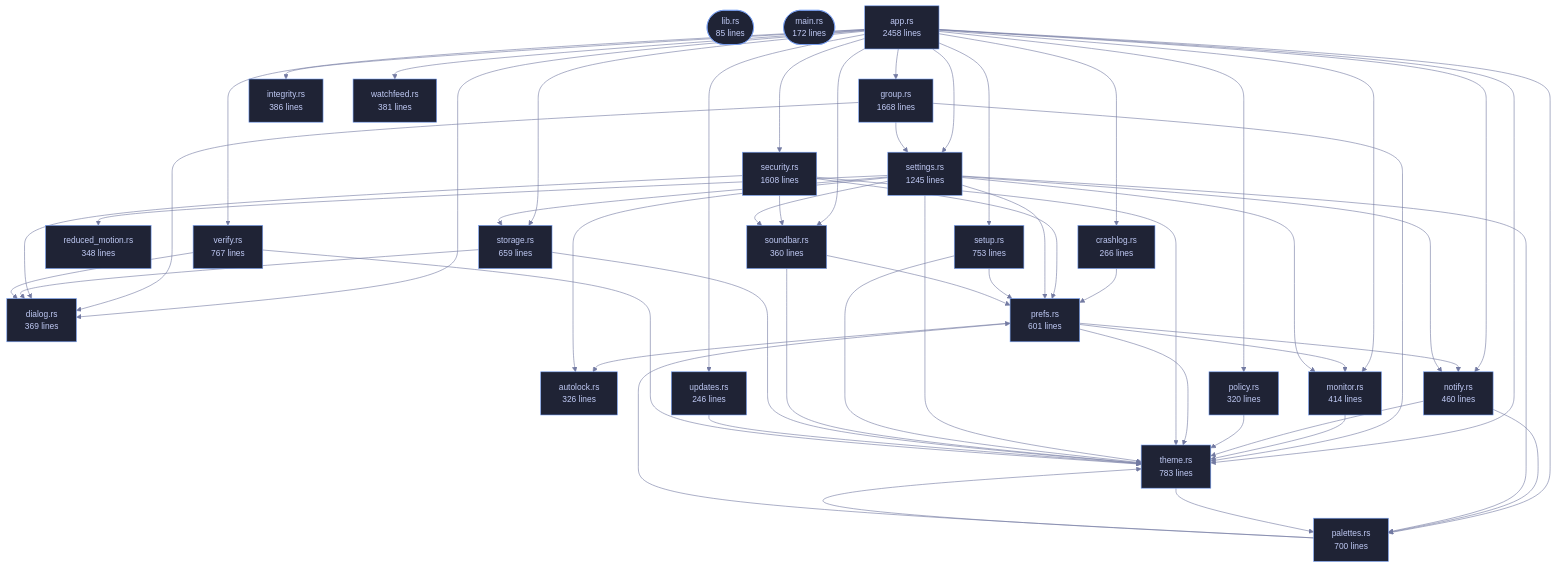
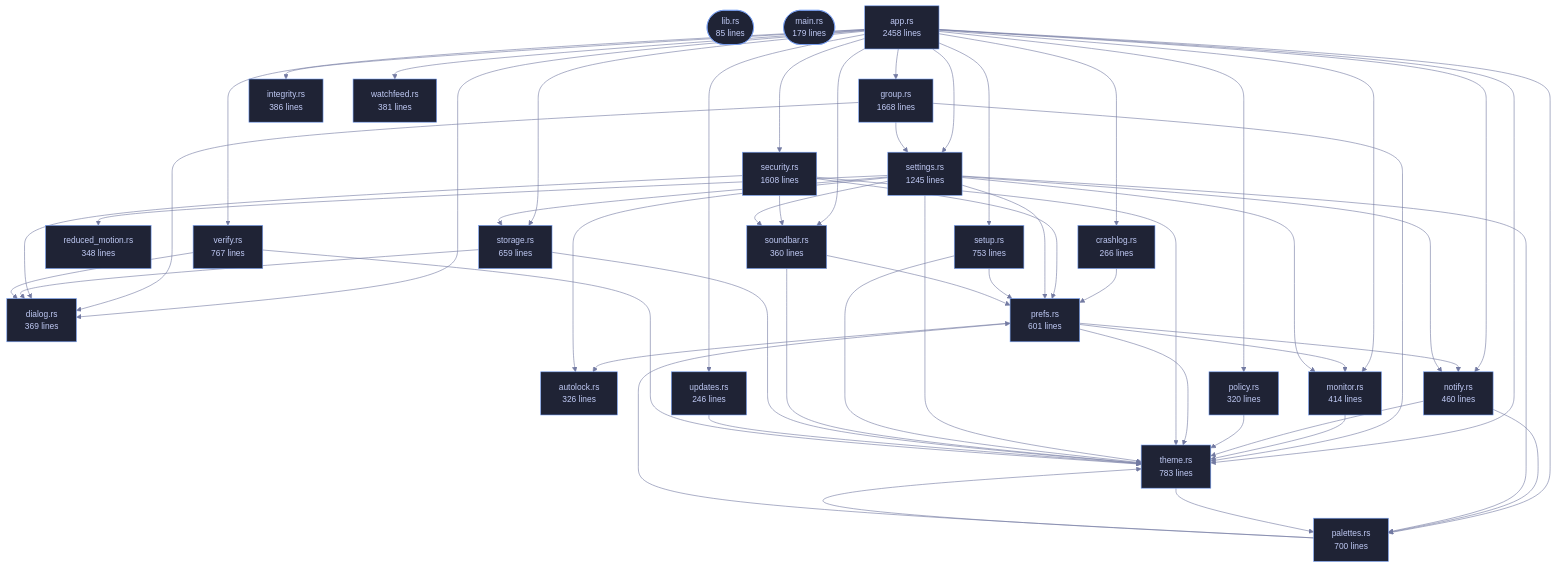
The diagram in wiki/Crate-veilvoice-gui.md (tilas01/veilvoice), drawn with Mermaid before and after one commit. The commit also changed other lines of this file and 36 other files, not shown here.

```diff
--- a/wiki/Crate-veilvoice-gui.md
+++ b/wiki/Crate-veilvoice-gui.md
@@ -82,7 +82,7 @@
 %%{init: {"theme":"base","themeVariables":{"background":"#1a1b26","primaryColor":"#1f2335","primaryTextColor":"#c0caf5","primaryBorderColor":"#7aa2f7","secondaryColor":"#16161e","tertiaryColor":"#16161e","lineColor":"#737aa2","textColor":"#c0caf5","mainBkg":"#1f2335","nodeBorder":"#7aa2f7","clusterBkg":"#16161e","clusterBorder":"#2f3549","fontFamily":"ui-monospace, SFMono-Regular, Consolas, monospace","fontSize":"14px"}}}%%
 flowchart TD
     n_lib(["lib.rs<br/>85 lines"])
-    n_main(["main.rs<br/>172 lines"])
+    n_main(["main.rs<br/>179 lines"])
     n_app["app.rs<br/>2458 lines"]
     n_autolock["autolock.rs<br/>326 lines"]
     n_crashlog["crashlog.rs<br/>266 lines"]
```
